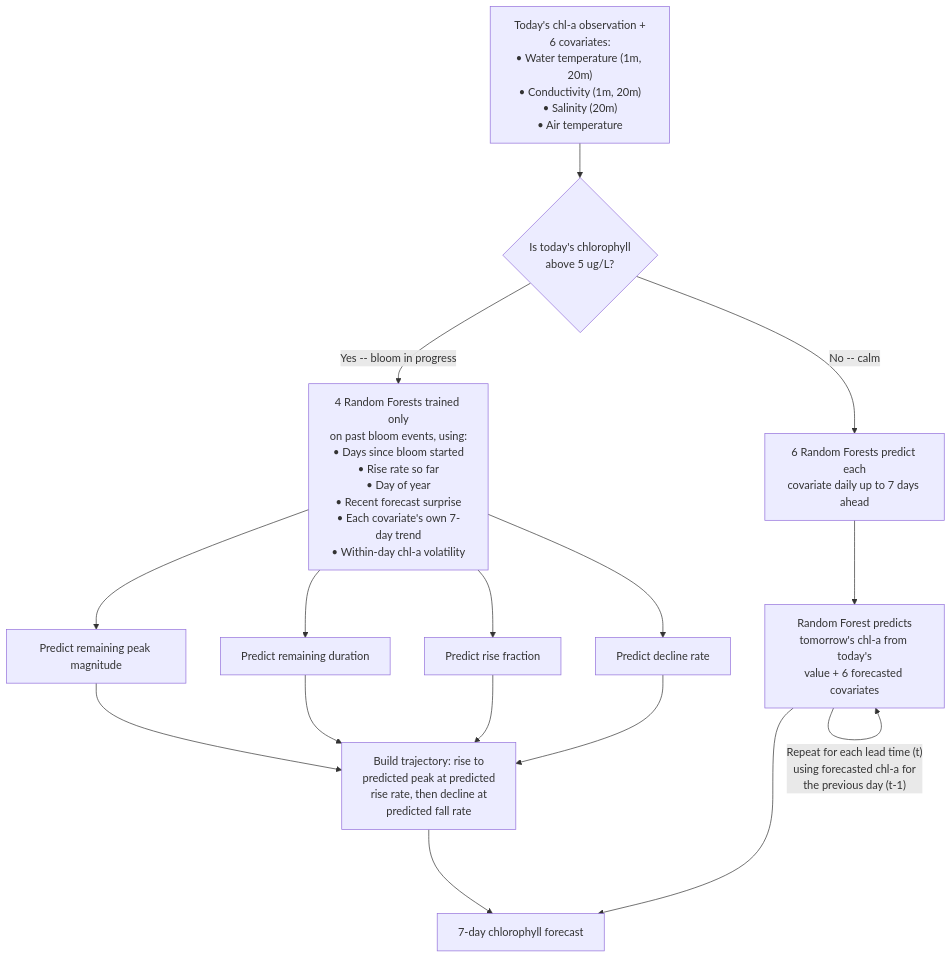
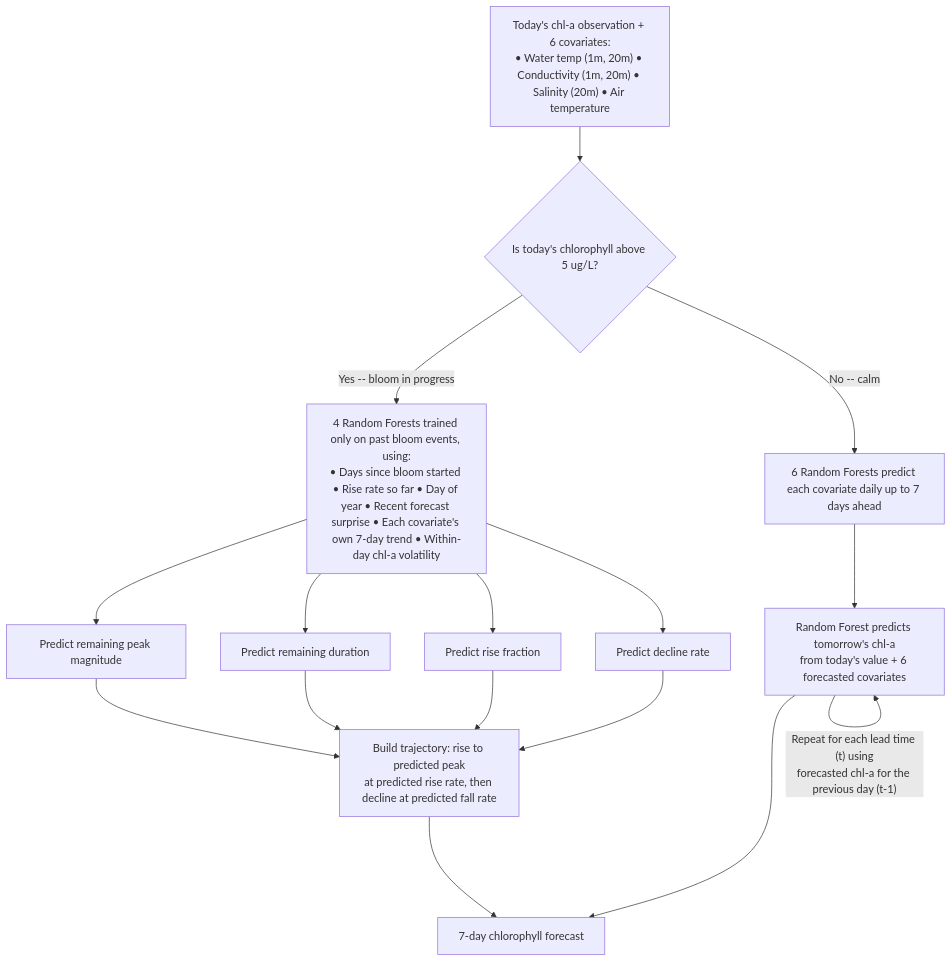
The diagram in dashboard/documentation.qmd (cami-webb/BloomBoard), drawn with Mermaid before and after one commit. The commit also changed other lines of this file and 1 other file, not shown here.

Commit message:
Widen diagram boxes, put bullets on single lines, reduce height

````diff
--- a/dashboard/documentation.qmd
+++ b/dashboard/documentation.qmd
@@ -8,21 +8,21 @@
 ```{mermaid}
 flowchart TD
-    A["Today's chl-a observation +<br/>6 covariates:<br/>&bull; Water temperature (1m, 20m)<br/>&bull; Conductivity (1m, 20m)<br/>&bull; Salinity (20m)<br/>&bull; Air temperature"]
-    A --> Q{"Is today's chlorophyll<br/>above 5 ug/L?"}
+    A["Today's chl-a observation + 6 covariates:<br/>&bull; Water temp (1m, 20m) &bull; Conductivity (1m, 20m) &bull; Salinity (20m) &bull; Air temperature"]
+    A --> Q{"Is today's chlorophyll above 5 ug/L?"}
 
-    Q -->|"Yes -- bloom in progress"| BM["4 Random Forests trained only<br/>on past bloom events, using:<br/>&bull; Days since bloom started<br/>&bull; Rise rate so far<br/>&bull; Day of year<br/>&bull; Recent forecast surprise<br/>&bull; Each covariate's own 7-day trend<br/>&bull; Within-day chl-a volatility"]
+    Q -->|"Yes -- bloom in progress"| BM["4 Random Forests trained only on past bloom events, using:<br/>&bull; Days since bloom started &bull; Rise rate so far &bull; Day of year &bull; Recent forecast surprise &bull; Each covariate's own 7-day trend &bull; Within-day chl-a volatility"]
     BM --> BM1[Predict remaining peak magnitude]
     BM --> BM2[Predict remaining duration]
     BM --> BM4[Predict rise fraction]
     BM --> BM3[Predict decline rate]
-    BM1 --> TRAJ["Build trajectory: rise to<br/>predicted peak at predicted<br/>rise rate, then decline at<br/>predicted fall rate"]
+    BM1 --> TRAJ["Build trajectory: rise to predicted peak<br/>at predicted rise rate, then decline at predicted fall rate"]
     BM2 --> TRAJ
     BM4 --> TRAJ
     BM3 --> TRAJ
     TRAJ --> OUT[7-day chlorophyll forecast]
 
-    Q -->|"No -- calm"| CFC["6 Random Forests predict each<br/>covariate daily up to 7 days ahead"]
-    CFC --> CM["Random Forest predicts<br/>tomorrow's chl-a from today's<br/>value + 6 forecasted covariates"]
-    CM -->|"Repeat for each lead time (t)<br/>using forecasted chl-a for<br/>the previous day (t-1)"| CM
+    Q -->|"No -- calm"| CFC["6 Random Forests predict each covariate daily up to 7 days ahead"]
+    CFC --> CM["Random Forest predicts tomorrow's chl-a<br/>from today's value + 6 forecasted covariates"]
+    CM -->|"Repeat for each lead time (t) using<br/>forecasted chl-a for the previous day (t-1)"| CM
     CM --> OUT
 ```
````
